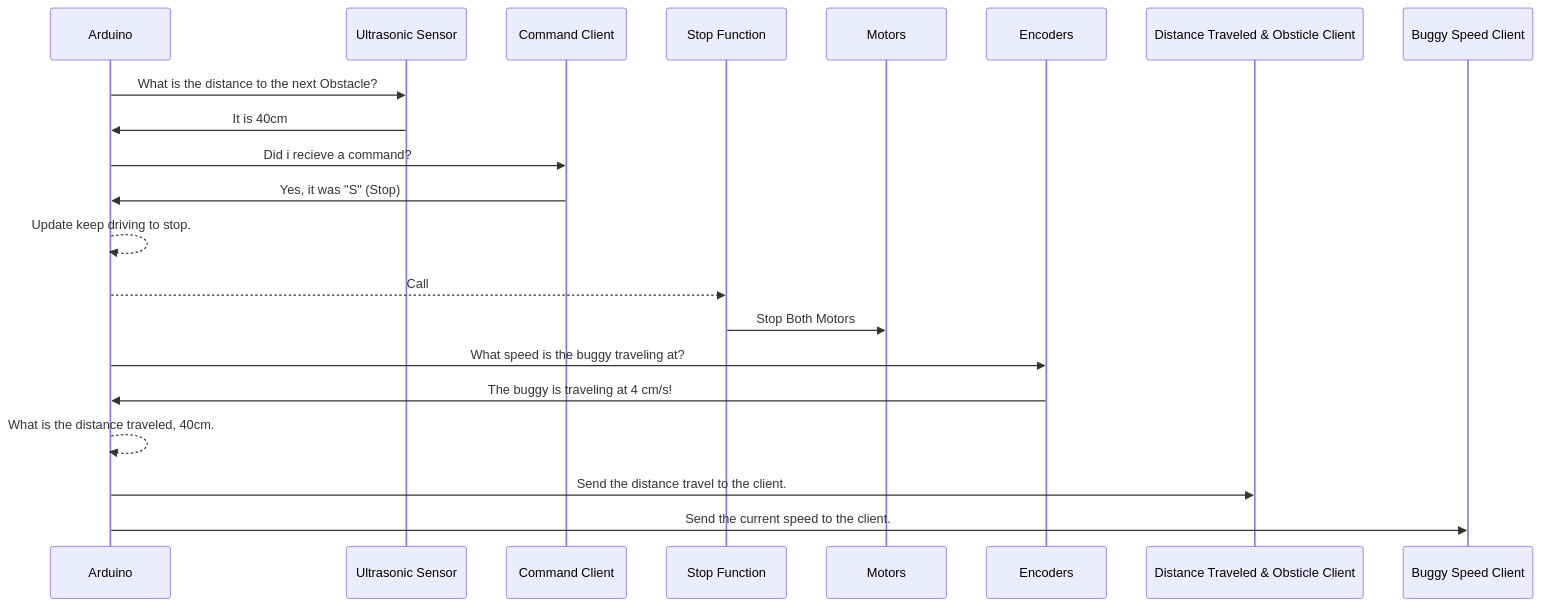
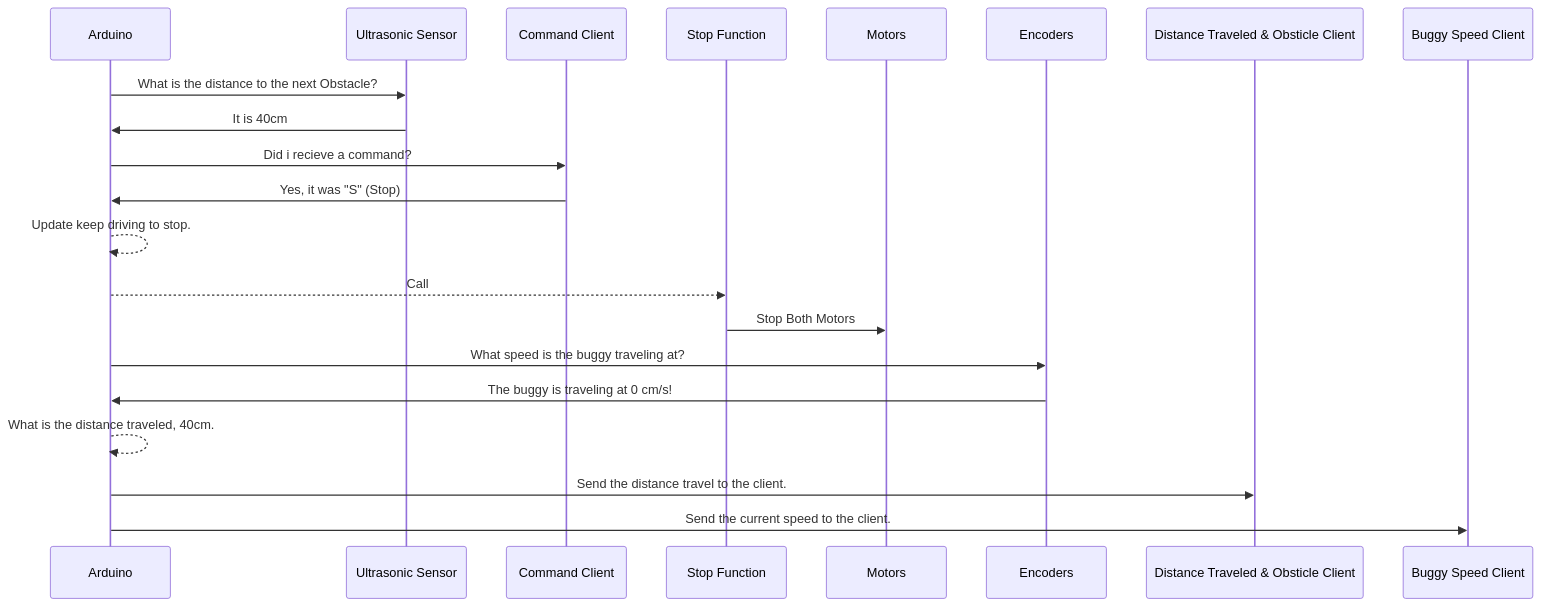
Before and after one commit to Reuben-Colman/2E10_BuggyCodeBase: the third of 10 diagrams in Silver Code/SilverSequenceDiagrams.md, drawn with Mermaid. The commit also changed other lines of this file, not shown here.

````diff
--- a/Silver Code/SilverSequenceDiagrams.md
+++ b/Silver Code/SilverSequenceDiagrams.md
@@ -47,15 +47,15 @@
 ```mermaid
 sequenceDiagram
   Arduino ->> Ultrasonic Sensor: What is the distance to the next Obstacle?
   Ultrasonic Sensor ->> Arduino: It is 40cm 
   Arduino ->> Command Client: Did i recieve a command?
   Command Client ->> Arduino: Yes, it was "S" (Stop)
   Arduino -->> Arduino: Update keep driving to stop.
   Arduino -->> Stop Function: Call
   Stop Function ->> Motors: Stop Both Motors
   Arduino ->> Encoders: What speed is the buggy traveling at?
-  Encoders ->> Arduino: The buggy is traveling at 4 cm/s!
+  Encoders ->> Arduino: The buggy is traveling at 0 cm/s!
   Arduino -->> Arduino: What is the distance traveled, 40cm.
   Arduino ->> Distance Traveled & Obsticle Client: Send the distance travel to the client.
   Arduino ->> Buggy Speed Client: Send the current speed to the client.
 ```
````
